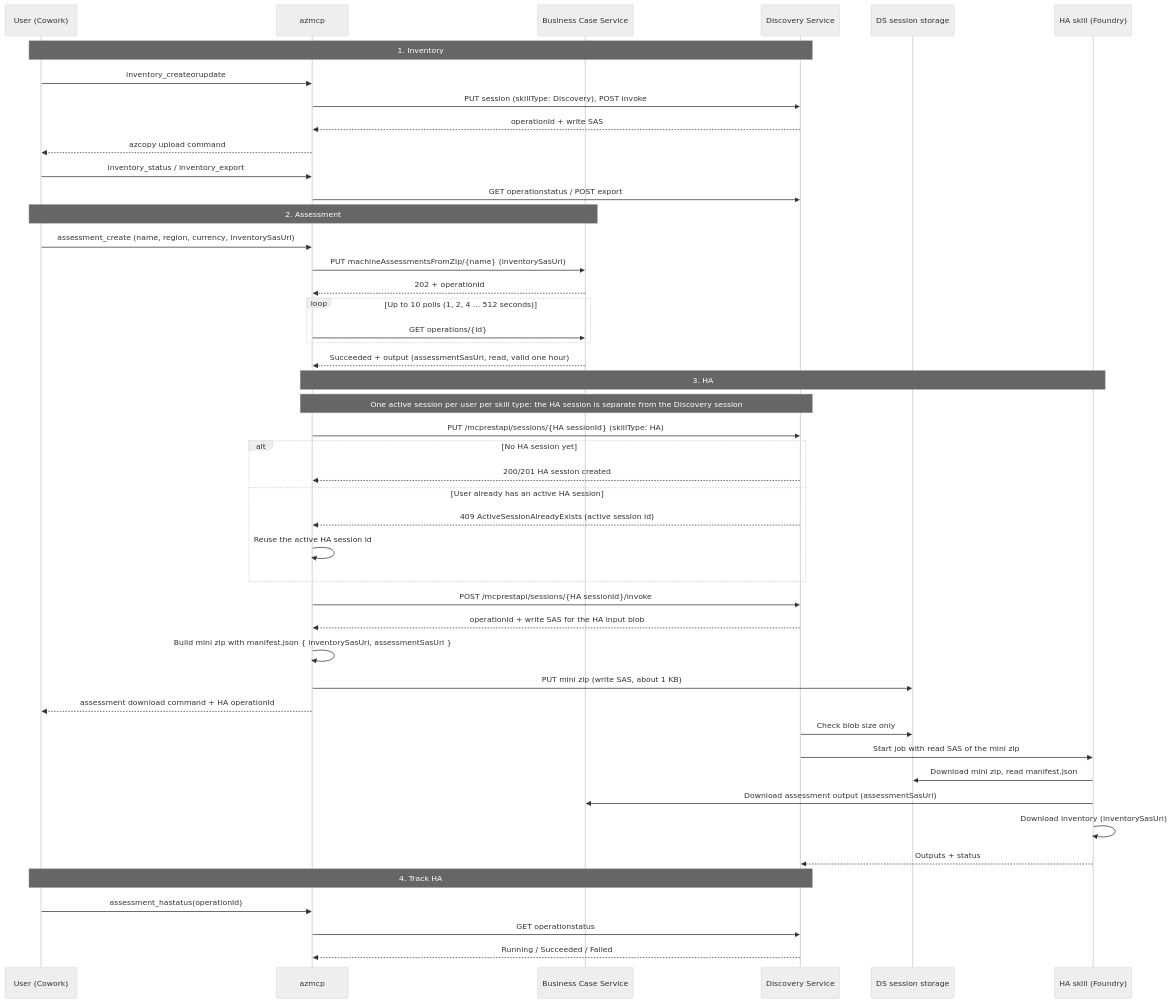
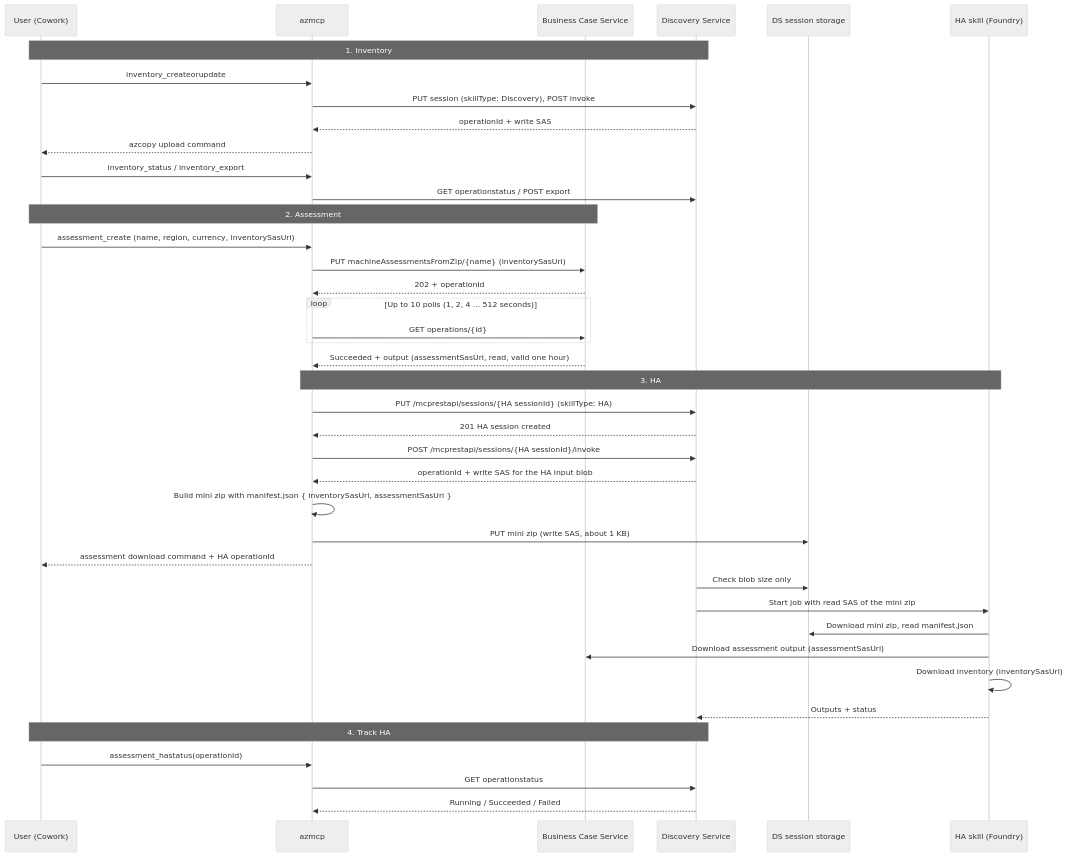
Before and after one commit to microsoft/mcp: the diagram in tools/Azure.Mcp.Tools.AzureMigrate/docs/inventory-assessment-ha-plan.md, drawn with Mermaid (neutral theme).

Commit message:
AzureMigrate docs: HA happy flow creates the HA session

````diff
--- a/tools/Azure.Mcp.Tools.AzureMigrate/docs/inventory-assessment-ha-plan.md
+++ b/tools/Azure.Mcp.Tools.AzureMigrate/docs/inventory-assessment-ha-plan.md
@@ -35,52 +35,46 @@
 ```mermaid
 sequenceDiagram
     participant U as User (Cowork)
     participant M as azmcp
     participant BC as Business Case Service
     participant DS as Discovery Service
     participant ST as DS session storage
     participant HA as HA skill (Foundry)
 
     Note over U,DS: 1. Inventory
     U->>M: inventory_createorupdate
     M->>DS: PUT session (skillType: Discovery), POST invoke
     DS-->>M: operationId + write SAS
     M-->>U: azcopy upload command
     U->>M: inventory_status / inventory_export
     M->>DS: GET operationstatus / POST export
 
     Note over U,BC: 2. Assessment
     U->>M: assessment_create (name, region, currency, inventorySasUri)
     M->>BC: PUT machineAssessmentsFromZip/{name} (inventorySasUri)
     BC-->>M: 202 + operationId
     loop Up to 10 polls (1, 2, 4 ... 512 seconds)
         M->>BC: GET operations/{id}
     end
     BC-->>M: Succeeded + output (assessmentSasUri, read, valid one hour)
 
     Note over M,HA: 3. HA
-    Note over M,DS: One active session per user per skill type: the HA session is separate from the Discovery session
     M->>DS: PUT /mcprestapi/sessions/{HA sessionId} (skillType: HA)
-    alt No HA session yet
-        DS-->>M: 200/201 HA session created
-    else User already has an active HA session
-        DS-->>M: 409 ActiveSessionAlreadyExists (active session id)
-        M->>M: Reuse the active HA session id
-    end
+    DS-->>M: 201 HA session created
     M->>DS: POST /mcprestapi/sessions/{HA sessionId}/invoke
     DS-->>M: operationId + write SAS for the HA input blob
     M->>M: Build mini zip with manifest.json { inventorySasUri, assessmentSasUri }
     M->>ST: PUT mini zip (write SAS, about 1 KB)
     M-->>U: assessment download command + HA operationId
     DS->>ST: Check blob size only
     DS->>HA: Start job with read SAS of the mini zip
     HA->>ST: Download mini zip, read manifest.json
     HA->>BC: Download assessment output (assessmentSasUri)
     HA->>HA: Download inventory (inventorySasUri)
     HA-->>DS: Outputs + status
 
     Note over U,DS: 4. Track HA
     U->>M: assessment_hastatus(operationId)
     M->>DS: GET operationstatus
     DS-->>M: Running / Succeeded / Failed
 ```
````
